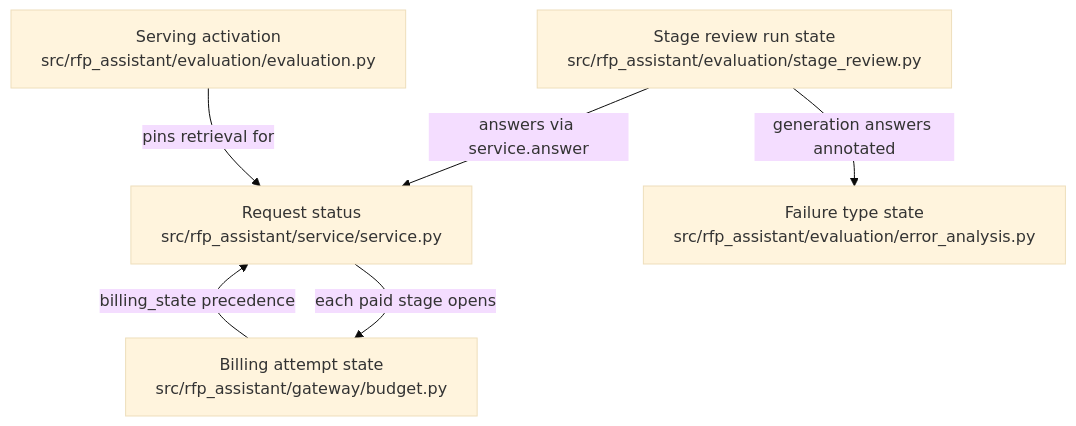
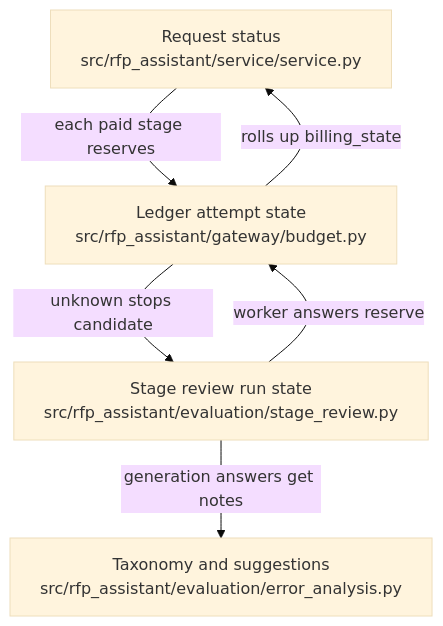
One commit to littleeeeebit/project-codeit-mid changed the diagram in .omm/state-transitions/diagram.mmd. Above: the diagram before and after it, drawn with Mermaid (base theme). The commit also changed 413 other files, not shown here.

```diff
--- a/.omm/state-transitions/diagram.mmd
+++ b/.omm/state-transitions/diagram.mmd
@@ -1,11 +1,10 @@
 graph TD
-  request-states["Request status\nsrc/rfp_assistant/service/service.py"]
-  attempt-states["Billing attempt state\nsrc/rfp_assistant/gateway/budget.py"]
-  review-run-states["Stage review run state\nsrc/rfp_assistant/evaluation/stage_review.py"]
-  taxonomy-states["Failure type state\nsrc/rfp_assistant/evaluation/error_analysis.py"]
-  serving-activation["Serving activation\nsrc/rfp_assistant/evaluation/evaluation.py"]
-  request-states -->|each paid stage opens| attempt-states
-  attempt-states -->|billing_state precedence| request-states
-  review-run-states -->|answers via service.answer| request-states
-  review-run-states -->|generation answers annotated| taxonomy-states
-  serving-activation -->|pins retrieval for| request-states
+  request-status["Request status\nsrc/rfp_assistant/service/service.py"]
+  billing-attempt["Ledger attempt state\nsrc/rfp_assistant/gateway/budget.py"]
+  stage-review-run["Stage review run state\nsrc/rfp_assistant/evaluation/stage_review.py"]
+  taxonomy-decisions["Taxonomy and suggestions\nsrc/rfp_assistant/evaluation/error_analysis.py"]
+  request-status -->|"each paid stage reserves"| billing-attempt
+  stage-review-run -->|"worker answers reserve"| billing-attempt
+  billing-attempt -->|"rolls up billing_state"| request-status
+  billing-attempt -->|"unknown stops candidate"| stage-review-run
+  stage-review-run -->|"generation answers get notes"| taxonomy-decisions
```
